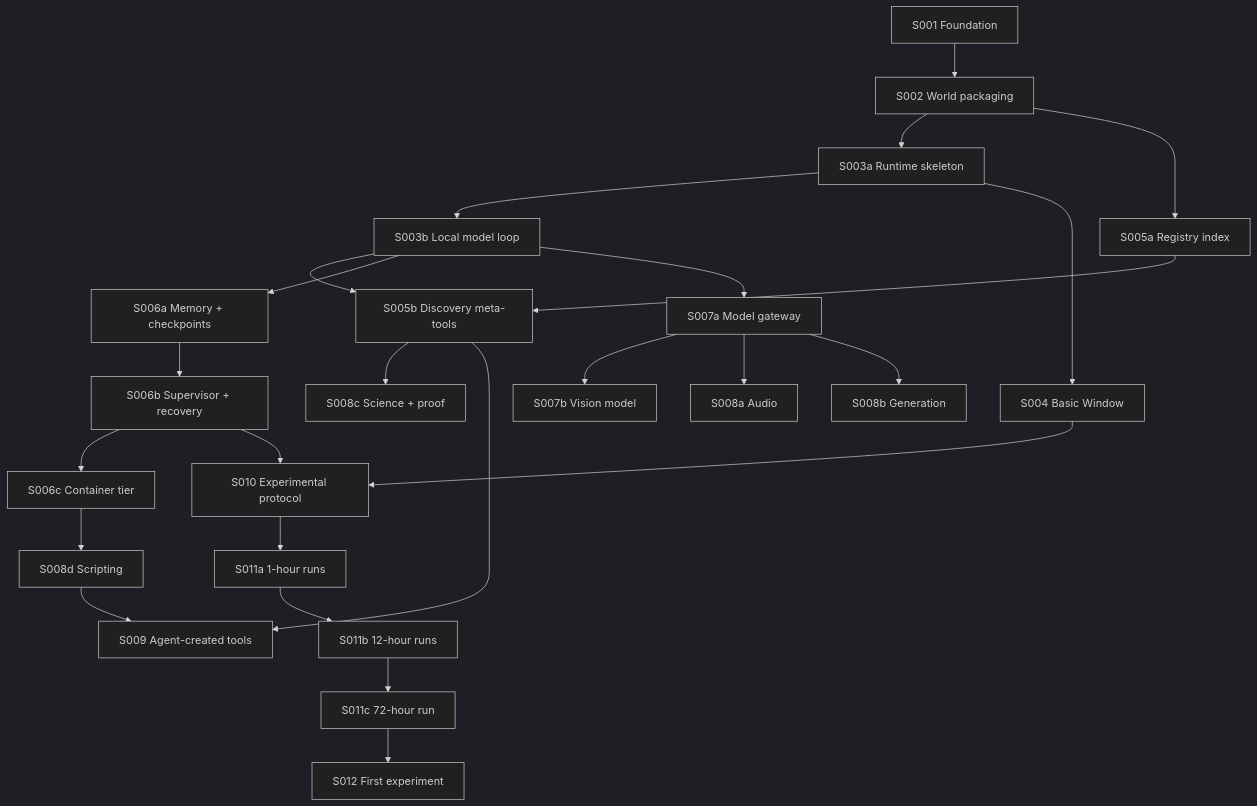
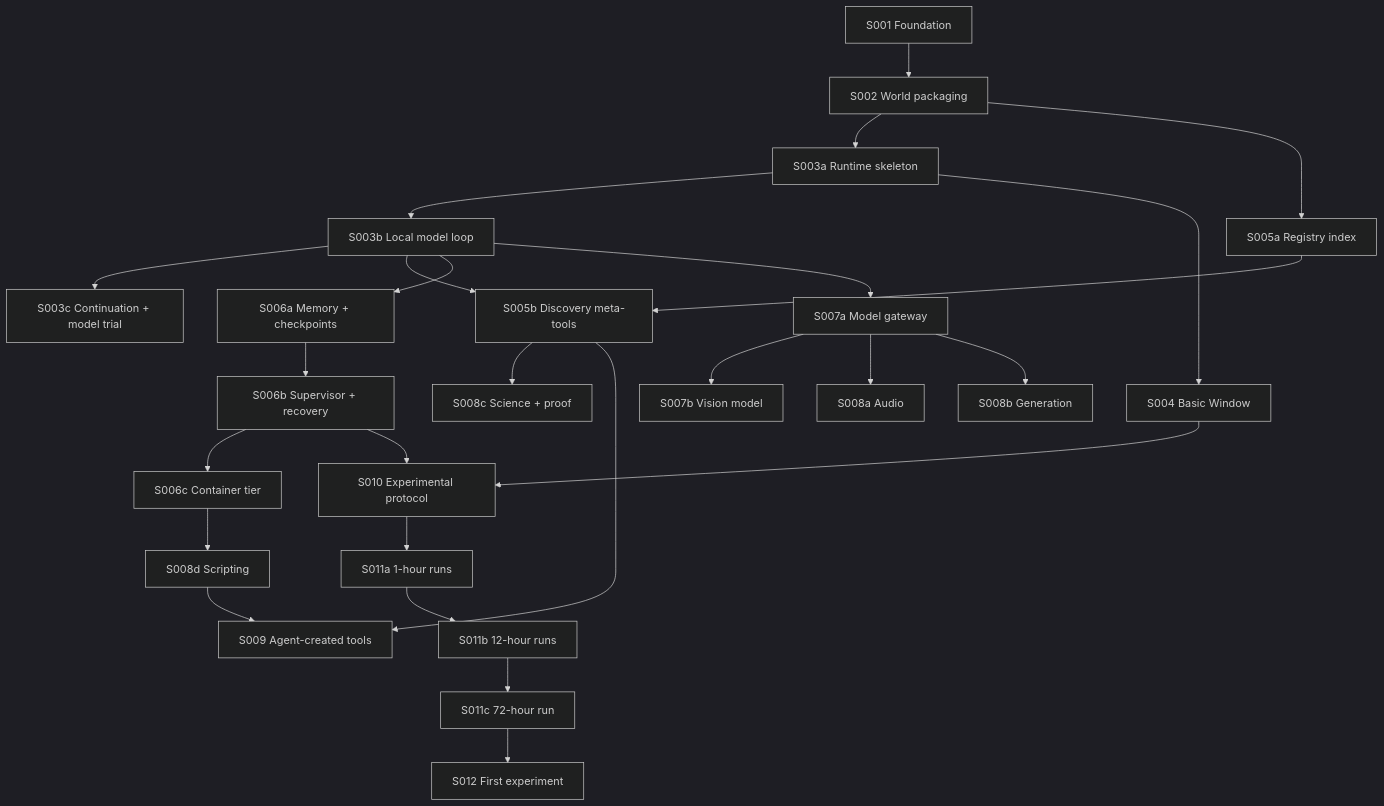
The diagram in docs/roadmap/ROADMAP.md (jfairfaxball-348/open-lab-builder), drawn with Mermaid (dark theme) before and after one commit. The commit also changed other lines of this file and 18 other files, not shown here.

````diff
--- a/docs/roadmap/ROADMAP.md
+++ b/docs/roadmap/ROADMAP.md
@@ -19,27 +19,28 @@
 ```mermaid
 flowchart TD
     S001["S001 Foundation"] --> S002["S002 World packaging"]
     S002 --> S003a["S003a Runtime skeleton"]
     S003a --> S003b["S003b Local model loop"]
     S003a --> S004["S004 Basic Window"]
+    S003b --> S003c["S003c Continuation + model trial"]
     S002 --> S005a["S005a Registry index"]
     S003b --> S005b["S005b Discovery meta-tools"]
     S005a --> S005b
     S003b --> S006a["S006a Memory + checkpoints"]
     S006a --> S006b["S006b Supervisor + recovery"]
     S006b --> S006c["S006c Container tier"]
     S003b --> S007a["S007a Model gateway"]
     S007a --> S007b["S007b Vision model"]
     S007a --> S008a["S008a Audio"]
     S007a --> S008b["S008b Generation"]
     S005b --> S008c["S008c Science + proof"]
     S006c --> S008d["S008d Scripting"]
     S008d --> S009["S009 Agent-created tools"]
     S005b --> S009
     S006b --> S010["S010 Experimental protocol"]
     S004 --> S010
     S010 --> S011a["S011a 1-hour runs"]
     S011a --> S011b["S011b 12-hour runs"]
     S011b --> S011c["S011c 72-hour run"]
     S011c --> S012["S012 First experiment"]
 ```
````
